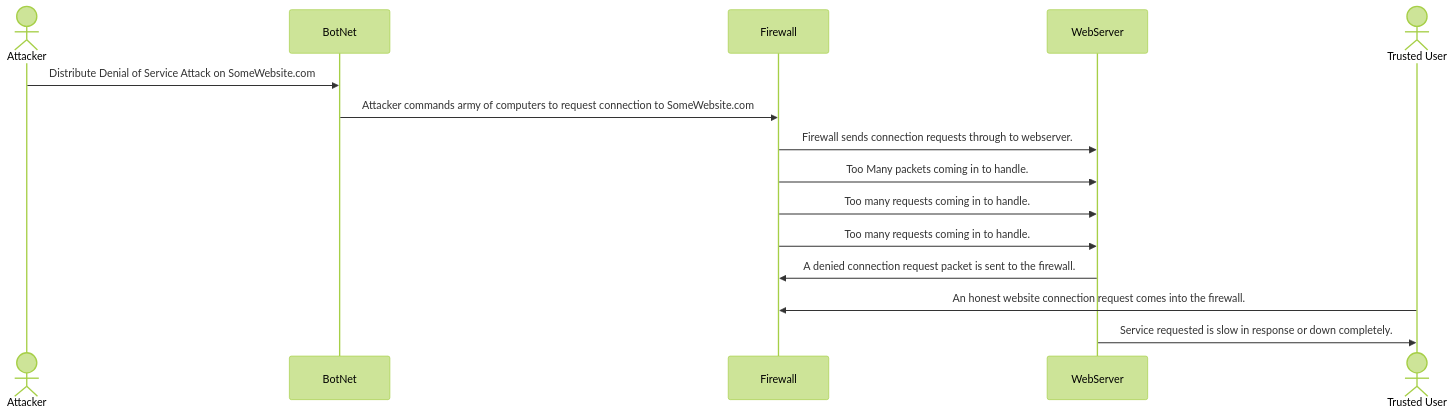
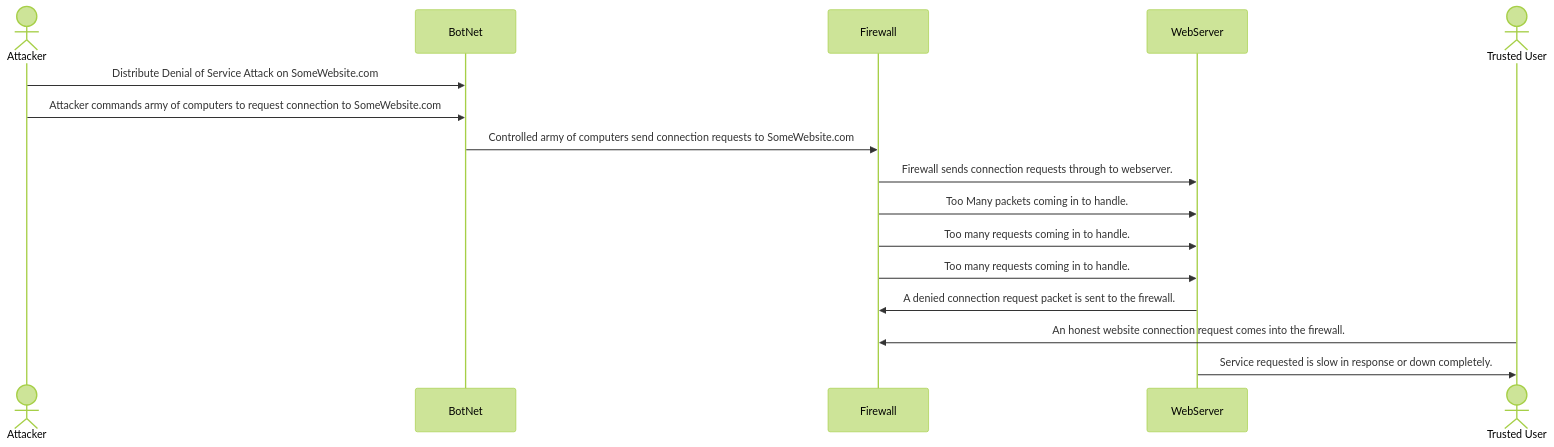
One commit to Langston6954/Langston6954.github.io changed the diagram in DDoS_Attack_Sequence.md. Above: the diagram before and after it, drawn with Mermaid (forest theme).

Commit message:
Update DDoS_Attack_Sequence.md
Update

````diff
--- a/DDoS_Attack_Sequence.md
+++ b/DDoS_Attack_Sequence.md
@@ -1,25 +1,26 @@
 ```mermaid
 sequenceDiagram
   actor Attacker
   participant BotNet
   participant Firewall
   participant WebServer
   actor Trusted User
   Attacker->>BotNet: Distribute Denial of Service Attack on SomeWebsite.com
-  BotNet->>Firewall: Attacker commands army of computers to request connection to SomeWebsite.com
+  Attacker->>BotNet: Attacker commands army of computers to request connection to SomeWebsite.com
+  BotNet->>Firewall: Controlled army of computers send connection requests to SomeWebsite.com
   Firewall->>WebServer: Firewall sends connection requests through to webserver.
   Firewall->>WebServer: Too Many packets coming in to handle.
   Firewall->>WebServer: Too many requests coming in to handle.
   Firewall->>WebServer: Too many requests coming in to handle.
   WebServer->>Firewall: A denied connection request packet is sent to the firewall.
   Trusted User->>Firewall: An honest website connection request comes into the firewall.
   WebServer->>Trusted User: Service requested is slow in response or down completely.
 
 
 
 
 
 
 
 
 ```
````
